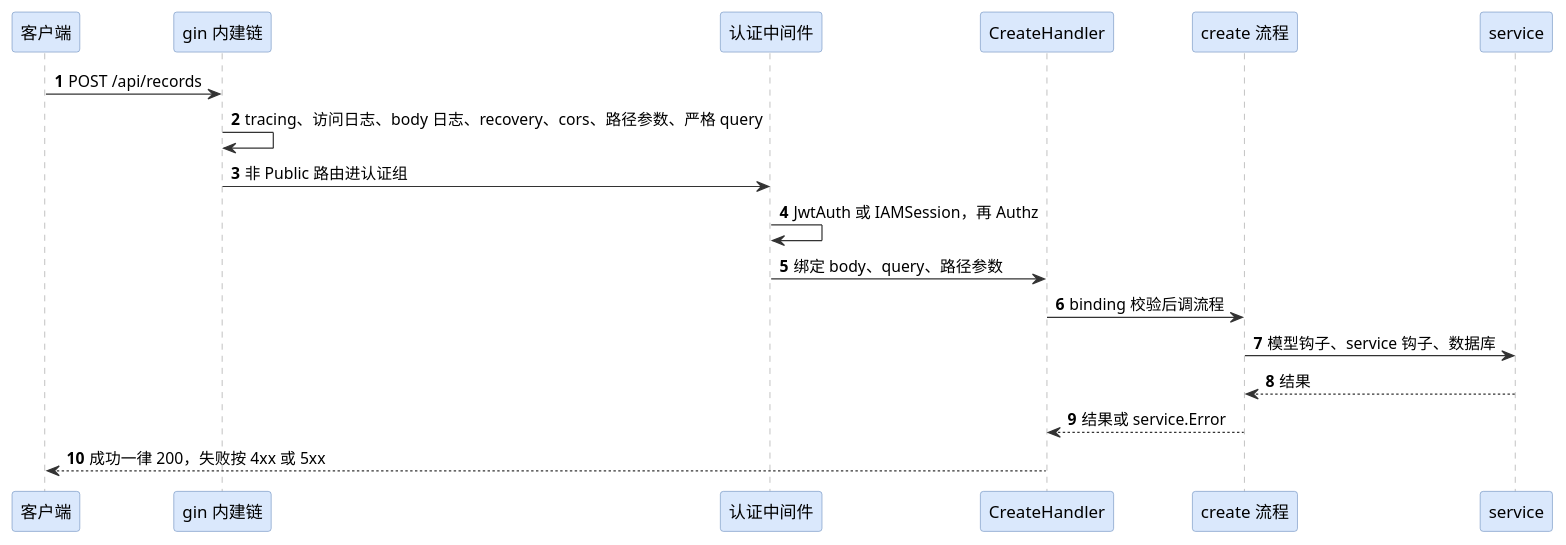
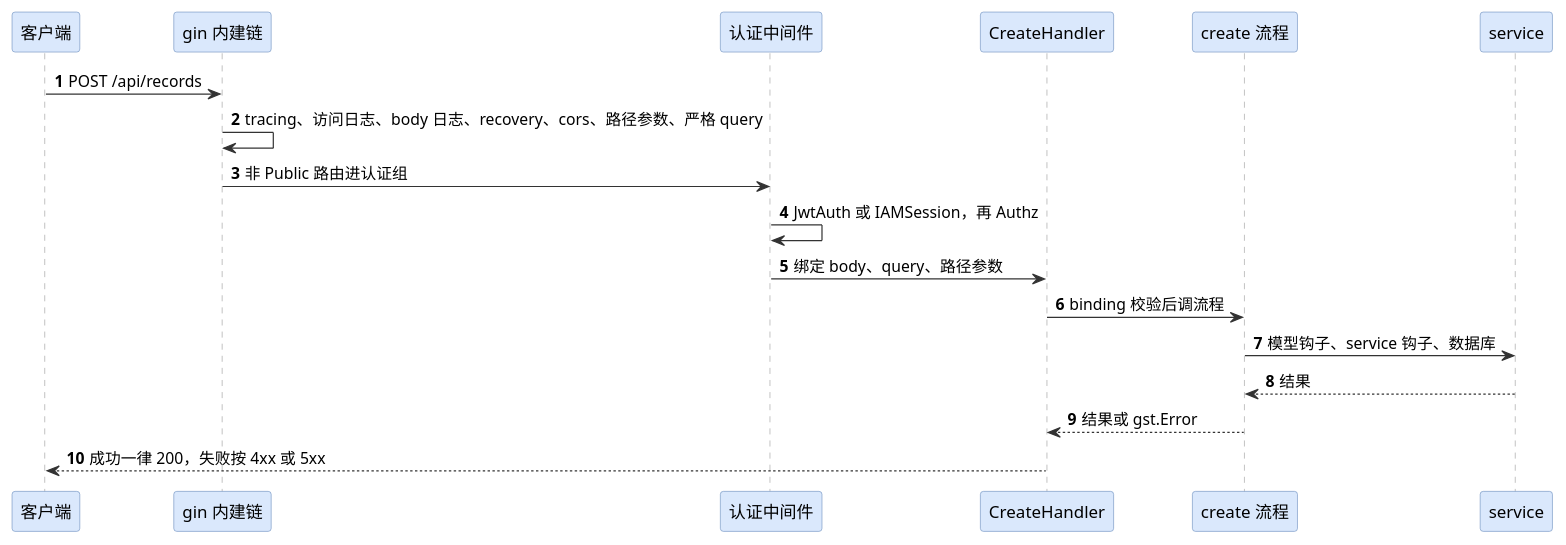
One commit to hydroan/gst changed the first of 3 diagrams in TRANSPORTS.md. Above: the diagram before and after it, drawn with PlantUML. The commit also changed other lines of this file and 125 other files, not shown here.

First line of the commit message:
refactor!: answer requests with gst.Error, moving the error out of the service package

````diff
--- a/TRANSPORTS.md
+++ b/TRANSPORTS.md
@@ -69,31 +69,31 @@
 ```plantuml
 @startuml
 autonumber
 skinparam participant {
   BackgroundColor #dae8fc
   BorderColor #6c8ebf
 }
 skinparam sequence {
   ArrowColor #333333
   LifeLineBorderColor #999999
 }
 
 participant "客户端" as client
 participant "gin 内建链" as builtin
 participant "认证中间件" as auth
 participant "CreateHandler" as handler
 participant "create 流程" as flow
 participant "service" as svc
 
 client -> builtin : POST /api/records
 builtin -> builtin : tracing、访问日志、body 日志、recovery、cors、路径参数、严格 query
 builtin -> auth : 非 Public 路由进认证组
 auth -> auth : JwtAuth 或 IAMSession，再 Authz
 auth -> handler : 绑定 body、query、路径参数
 handler -> flow : binding 校验后调流程
 flow -> svc : 模型钩子、service 钩子、数据库
 svc --> flow : 结果
-flow --> handler : 结果或 service.Error
+flow --> handler : 结果或 gst.Error
 handler --> client : 成功一律 200，失败按 4xx 或 5xx
 @enduml
 ```
````
